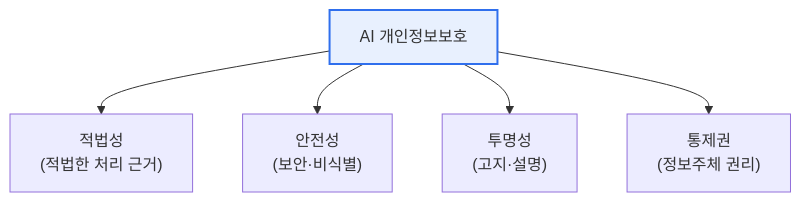
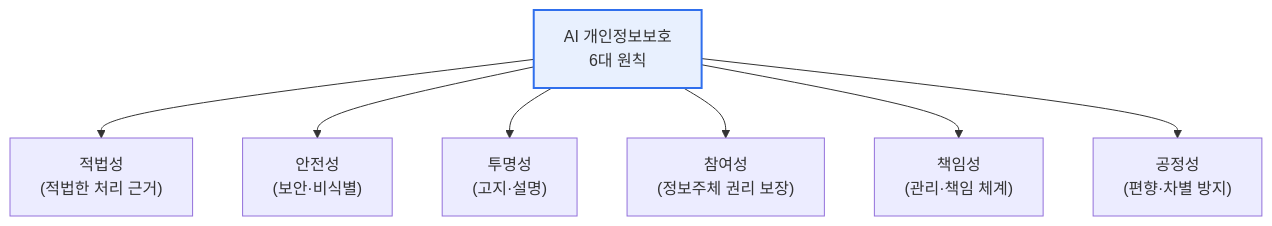
Before and after one commit to coninggu/wjdqhrhksflrltnftk: the first of 2 diagrams in content/ai-privacy-checklist.md, drawn with Mermaid. The commit also changed other lines of this file and 3 other files, not shown here.

````diff
--- a/content/ai-privacy-checklist.md
+++ b/content/ai-privacy-checklist.md
@@ -15,8 +23,10 @@
 ```mermaid
 flowchart TB
-  A[AI 개인정보보호] --> L["적법성<br/>(적법한 처리 근거)"]
+  A["AI 개인정보보호<br/>6대 원칙"] --> L["적법성<br/>(적법한 처리 근거)"]
   A --> S["안전성<br/>(보안·비식별)"]
   A --> T["투명성<br/>(고지·설명)"]
-  A --> C["통제권<br/>(정보주체 권리)"]
+  A --> P["참여성<br/>(정보주체 권리 보장)"]
+  A --> R["책임성<br/>(관리·책임 체계)"]
+  A --> F["공정성<br/>(편향·차별 방지)"]
   style A fill:#e8f0fe,stroke:#2f6fed,stroke-width:2px
 ```
````
